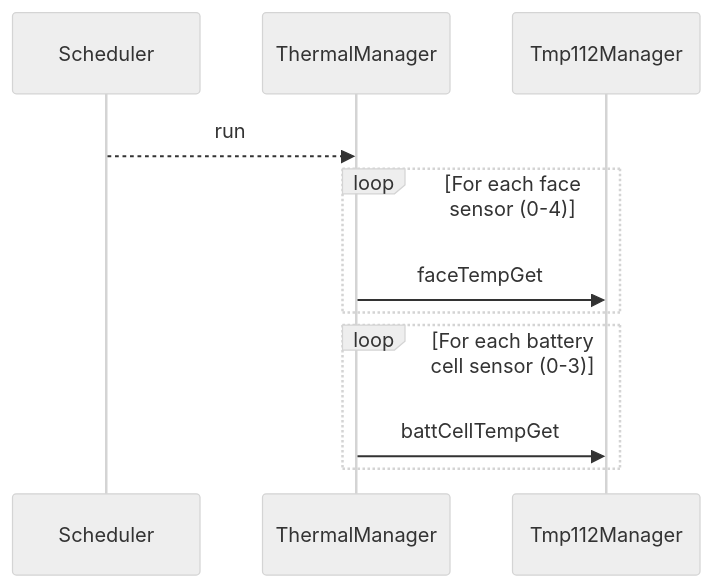
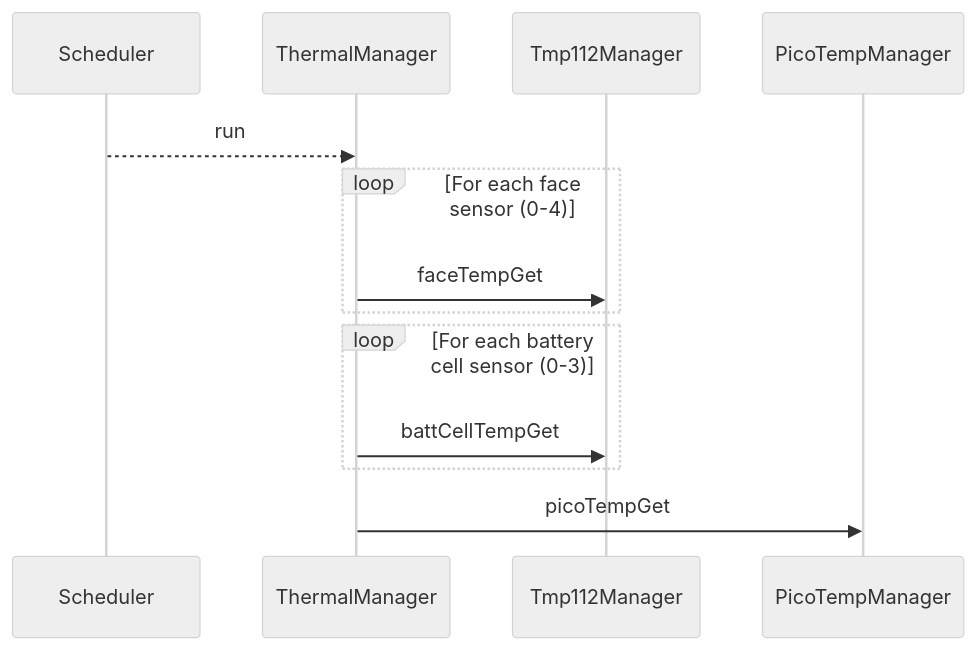
The second of 2 diagrams in PROVESFlightControllerReference/Components/ThermalManager/docs/sdd.md (Open-Source-Space-Foundation/proves-core-reference), drawn with Mermaid (neutral theme) before and after one commit. The commit also changed other lines of this file and 7 other files, not shown here.

Commit message:
Integrate Pico die temperature sensor into ThermalManager and update documentation

````diff
--- a/PROVESFlightControllerReference/Components/ThermalManager/docs/sdd.md
+++ b/PROVESFlightControllerReference/Components/ThermalManager/docs/sdd.md
@@ -72,14 +74,16 @@
 ```mermaid
 sequenceDiagram
     participant Scheduler
     participant ThermalManager
     participant Tmp112Manager
+    participant PicoTempManager
 
     Scheduler-->>ThermalManager: run
     loop For each face sensor (0-4)
         ThermalManager->>Tmp112Manager: faceTempGet
     end
     loop For each battery cell sensor (0-3)
         ThermalManager->>Tmp112Manager: battCellTempGet
     end
+    ThermalManager->>PicoTempManager: picoTempGet
 ```
````
